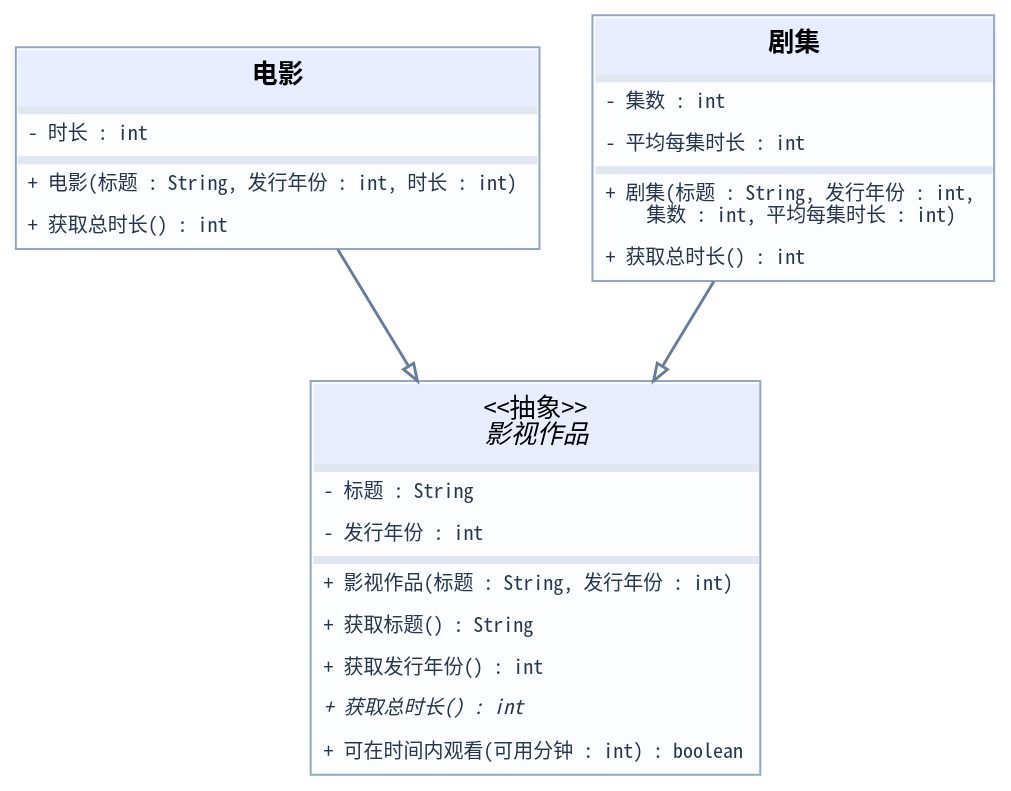
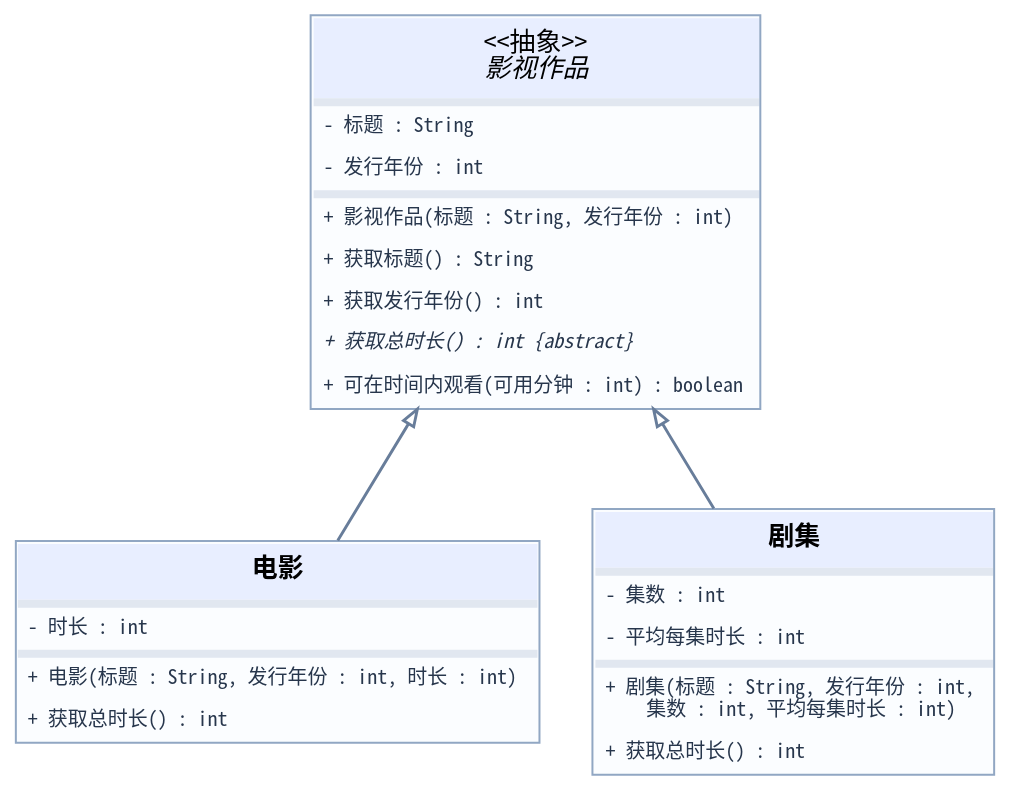
The diagram in content/chapters/10-absztrakt-osztalyok/media/task-media-zh.dot (edetroll/java-oop), drawn with Graphviz before and after one commit. The commit also changed 41 other files, not shown here.

```diff
--- a/content/chapters/10-absztrakt-osztalyok/media/task-media-zh.dot
+++ b/content/chapters/10-absztrakt-osztalyok/media/task-media-zh.dot
@@ -1,8 +1,8 @@
-digraph UML { graph [rankdir=TB,bgcolor="transparent",pad="0.12",nodesep="0.36",ranksep="0.7",splines=polyline];
+digraph UML { graph [rankdir=BT,bgcolor="transparent",pad="0.12",nodesep="0.36",ranksep="0.7",splines=polyline];
 node [shape=plain]; edge [color="#687d9a",penwidth=1.45,arrowsize=0.85];
-"影视作品" [label=<<TABLE BORDER="1" CELLBORDER="0" CELLSPACING="0" COLOR="#91a7c3" BGCOLOR="#fbfdff"><TR><TD BGCOLOR="#e8eeff" CELLPADDING="7"><FONT FACE="Noto Sans Mono CJK SC" POINT-SIZE="13">&lt;&lt;抽象&gt;&gt;<BR/><I>影视作品</I></FONT></TD></TR><TR><TD BGCOLOR="#e1e7f0" HEIGHT="2"></TD></TR><TR><TD ALIGN="LEFT" CELLPADDING="5"><FONT FACE="Noto Sans Mono CJK SC" POINT-SIZE="10" COLOR="#27364c">- 标题 : String</FONT></TD></TR><TR><TD ALIGN="LEFT" CELLPADDING="5"><FONT FACE="Noto Sans Mono CJK SC" POINT-SIZE="10" COLOR="#27364c">- 发行年份 : int</FONT></TD></TR><TR><TD BGCOLOR="#e1e7f0" HEIGHT="2"></TD></TR><TR><TD ALIGN="LEFT" CELLPADDING="5"><FONT FACE="Noto Sans Mono CJK SC" POINT-SIZE="10" COLOR="#27364c">+ 影视作品(标题 : String, 发行年份 : int)</FONT></TD></TR><TR><TD ALIGN="LEFT" CELLPADDING="5"><FONT FACE="Noto Sans Mono CJK SC" POINT-SIZE="10" COLOR="#27364c">+ 获取标题() : String</FONT></TD></TR><TR><TD ALIGN="LEFT" CELLPADDING="5"><FONT FACE="Noto Sans Mono CJK SC" POINT-SIZE="10" COLOR="#27364c">+ 获取发行年份() : int</FONT></TD></TR><TR><TD ALIGN="LEFT" CELLPADDING="5"><FONT FACE="Noto Sans Mono CJK SC" POINT-SIZE="10" COLOR="#27364c"><I>+ 获取总时长() : int</I></FONT></TD></TR><TR><TD ALIGN="LEFT" CELLPADDING="5"><FONT FACE="Noto Sans Mono CJK SC" POINT-SIZE="10" COLOR="#27364c">+ 可在时间内观看(可用分钟 : int) : boolean</FONT></TD></TR></TABLE>>];
+"影视作品" [label=<<TABLE BORDER="1" CELLBORDER="0" CELLSPACING="0" COLOR="#91a7c3" BGCOLOR="#fbfdff"><TR><TD BGCOLOR="#e8eeff" CELLPADDING="7"><FONT FACE="Noto Sans Mono CJK SC" POINT-SIZE="13">&lt;&lt;抽象&gt;&gt;<BR/><I>影视作品</I></FONT></TD></TR><TR><TD BGCOLOR="#e1e7f0" HEIGHT="2"></TD></TR><TR><TD ALIGN="LEFT" CELLPADDING="5"><FONT FACE="Noto Sans Mono CJK SC" POINT-SIZE="10" COLOR="#27364c">- 标题 : String</FONT></TD></TR><TR><TD ALIGN="LEFT" CELLPADDING="5"><FONT FACE="Noto Sans Mono CJK SC" POINT-SIZE="10" COLOR="#27364c">- 发行年份 : int</FONT></TD></TR><TR><TD BGCOLOR="#e1e7f0" HEIGHT="2"></TD></TR><TR><TD ALIGN="LEFT" CELLPADDING="5"><FONT FACE="Noto Sans Mono CJK SC" POINT-SIZE="10" COLOR="#27364c">+ 影视作品(标题 : String, 发行年份 : int)</FONT></TD></TR><TR><TD ALIGN="LEFT" CELLPADDING="5"><FONT FACE="Noto Sans Mono CJK SC" POINT-SIZE="10" COLOR="#27364c">+ 获取标题() : String</FONT></TD></TR><TR><TD ALIGN="LEFT" CELLPADDING="5"><FONT FACE="Noto Sans Mono CJK SC" POINT-SIZE="10" COLOR="#27364c">+ 获取发行年份() : int</FONT></TD></TR><TR><TD ALIGN="LEFT" CELLPADDING="5"><FONT FACE="Noto Sans Mono CJK SC" POINT-SIZE="10" COLOR="#27364c"><I>+ 获取总时长() : int {abstract}</I></FONT></TD></TR><TR><TD ALIGN="LEFT" CELLPADDING="5"><FONT FACE="Noto Sans Mono CJK SC" POINT-SIZE="10" COLOR="#27364c">+ 可在时间内观看(可用分钟 : int) : boolean</FONT></TD></TR></TABLE>>];
 "电影" [label=<<TABLE BORDER="1" CELLBORDER="0" CELLSPACING="0" COLOR="#91a7c3" BGCOLOR="#fbfdff"><TR><TD BGCOLOR="#e8eeff" CELLPADDING="7"><FONT FACE="Noto Sans Mono CJK SC" POINT-SIZE="13"><B>电影</B></FONT></TD></TR><TR><TD BGCOLOR="#e1e7f0" HEIGHT="2"></TD></TR><TR><TD ALIGN="LEFT" CELLPADDING="5"><FONT FACE="Noto Sans Mono CJK SC" POINT-SIZE="10" COLOR="#27364c">- 时长 : int</FONT></TD></TR><TR><TD BGCOLOR="#e1e7f0" HEIGHT="2"></TD></TR><TR><TD ALIGN="LEFT" CELLPADDING="5"><FONT FACE="Noto Sans Mono CJK SC" POINT-SIZE="10" COLOR="#27364c">+ 电影(标题 : String, 发行年份 : int, 时长 : int)</FONT></TD></TR><TR><TD ALIGN="LEFT" CELLPADDING="5"><FONT FACE="Noto Sans Mono CJK SC" POINT-SIZE="10" COLOR="#27364c">+ 获取总时长() : int</FONT></TD></TR></TABLE>>];
 "剧集" [label=<<TABLE BORDER="1" CELLBORDER="0" CELLSPACING="0" COLOR="#91a7c3" BGCOLOR="#fbfdff"><TR><TD BGCOLOR="#e8eeff" CELLPADDING="7"><FONT FACE="Noto Sans Mono CJK SC" POINT-SIZE="13"><B>剧集</B></FONT></TD></TR><TR><TD BGCOLOR="#e1e7f0" HEIGHT="2"></TD></TR><TR><TD ALIGN="LEFT" CELLPADDING="5"><FONT FACE="Noto Sans Mono CJK SC" POINT-SIZE="10" COLOR="#27364c">- 集数 : int</FONT></TD></TR><TR><TD ALIGN="LEFT" CELLPADDING="5"><FONT FACE="Noto Sans Mono CJK SC" POINT-SIZE="10" COLOR="#27364c">- 平均每集时长 : int</FONT></TD></TR><TR><TD BGCOLOR="#e1e7f0" HEIGHT="2"></TD></TR><TR><TD ALIGN="LEFT" CELLPADDING="5"><FONT FACE="Noto Sans Mono CJK SC" POINT-SIZE="10" COLOR="#27364c">+ 剧集(标题 : String, 发行年份 : int,<BR ALIGN="LEFT"/>    集数 : int, 平均每集时长 : int)</FONT></TD></TR><TR><TD ALIGN="LEFT" CELLPADDING="5"><FONT FACE="Noto Sans Mono CJK SC" POINT-SIZE="10" COLOR="#27364c">+ 获取总时长() : int</FONT></TD></TR></TABLE>>];
 "电影" -> "影视作品" [arrowhead=empty];
 "剧集" -> "影视作品" [arrowhead=empty];
 }
```
